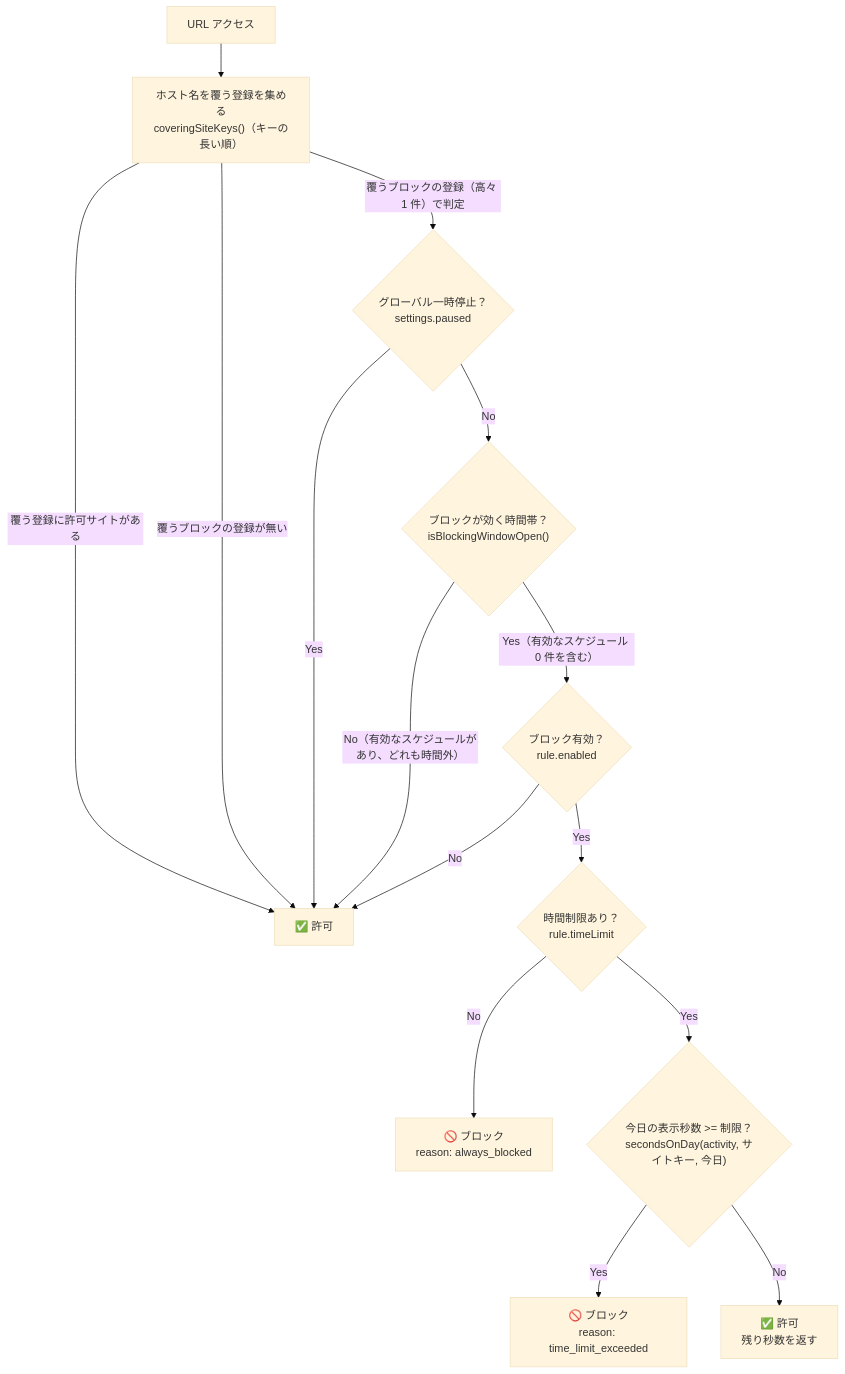
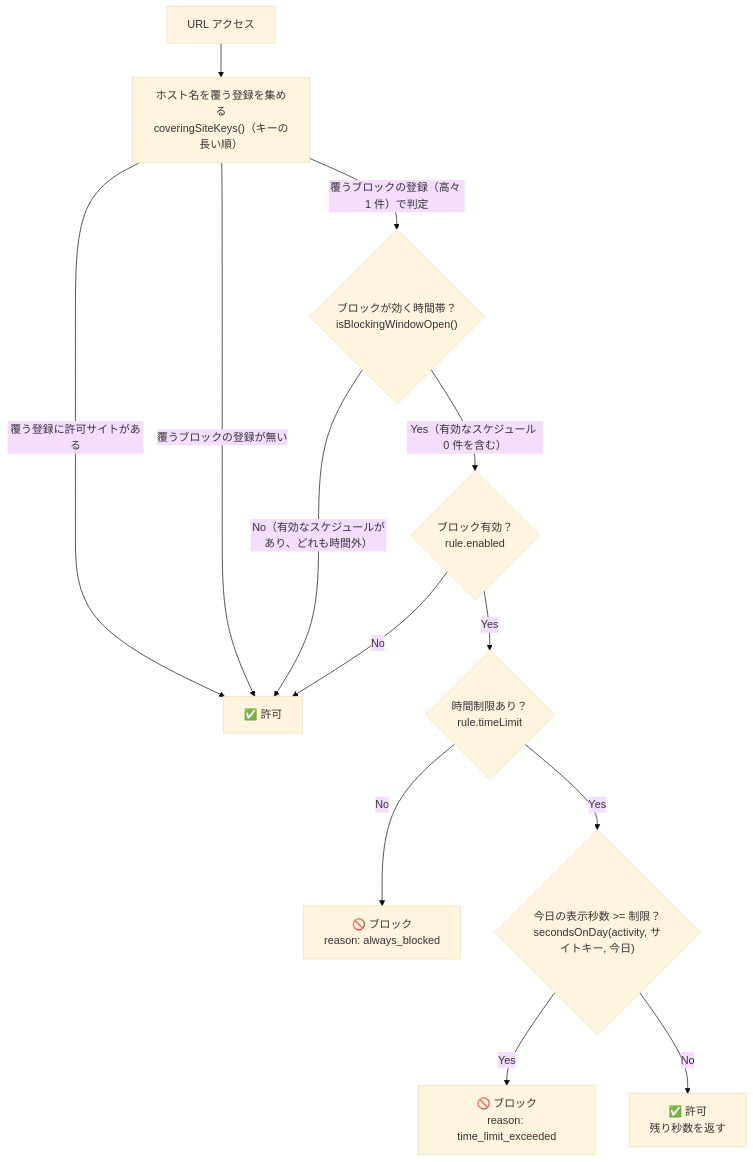
The first of 4 diagrams in docs/BLOCK_STATE_MACHINE.md (machina-gg/vision-focus), drawn with Mermaid (base theme) before and after one commit. The commit also changed other lines of this file and 58 other files, not shown here.

````diff
--- a/docs/BLOCK_STATE_MACHINE.md
+++ b/docs/BLOCK_STATE_MACHINE.md
@@ -11,23 +11,20 @@
 ```mermaid
 flowchart TD
     Start["URL アクセス"] --> Host["ホスト名を覆う登録を集める<br/>coveringSiteKeys()（キーの長い順）"]
 
     Host -->|覆う登録に許可サイトがある| Unblocked["✅ 許可"]
     Host -->|覆うブロックの登録が無い| Unblocked
-    Host -->|覆うブロックの登録（高々 1 件）で判定| A{"グローバル一時停止？<br/>settings.paused"}
-
-    A -->|Yes| Unblocked
-    A -->|No| D{"ブロックが効く時間帯？<br/>isBlockingWindowOpen()"}
+    Host -->|覆うブロックの登録（高々 1 件）で判定| D{"ブロックが効く時間帯？<br/>isBlockingWindowOpen()"}
 
     D -->|No（有効なスケジュールがあり、どれも時間外）| Unblocked
     D -->|Yes（有効なスケジュール 0 件を含む）| C{"ブロック有効？<br/>rule.enabled"}
 
     C -->|No| Unblocked
     C -->|Yes| E{"時間制限あり？<br/>rule.timeLimit"}
 
     E -->|No| Blocked["🚫 ブロック<br/>reason: always_blocked"]
     E -->|Yes| K{"今日の表示秒数 >= 制限？<br/>secondsOnDay(activity, サイトキー, 今日)"}
 
     K -->|Yes| TimeLimitExceeded["🚫 ブロック<br/>reason: time_limit_exceeded"]
     K -->|No| Within["✅ 許可<br/>残り秒数を返す"]
 ```
````
